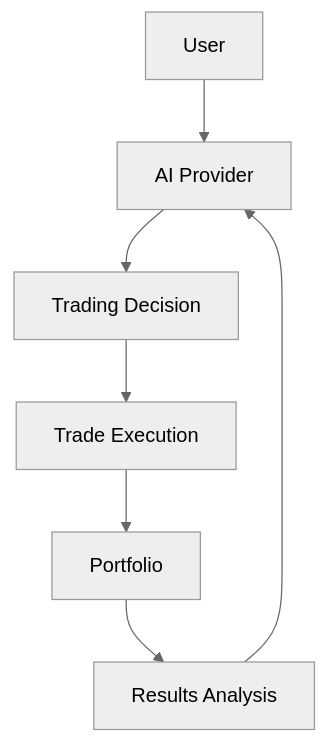
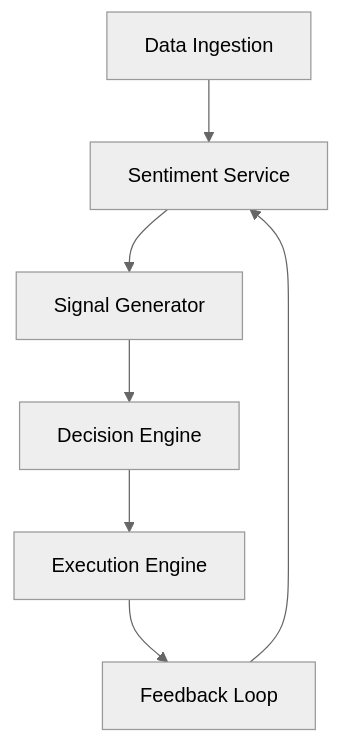
One commit to scottnzuk/robinhood-ai-trading-bot changed the diagram in README.md. Above: the diagram before and after it, drawn with Mermaid (neutral theme). The commit also changed other lines of this file and 120 other files, not shown here.

````diff
--- a/README.md
+++ b/README.md
@@ -3,9 +41,9 @@
 ```mermaid
-graph TD
-    A[User] --> B[AI Provider]
-    B --> C[Trading Decision]
-    C --> D[Trade Execution]
-    D --> E[Portfolio]
-    E --> F[Results Analysis]
+flowchart TD
+    A[Data Ingestion] --> B[Sentiment Service]
+    B --> C[Signal Generator]
+    C --> D[Decision Engine]
+    D --> E[Execution Engine]
+    E --> F[Feedback Loop]
     F --> B
 ```
````
